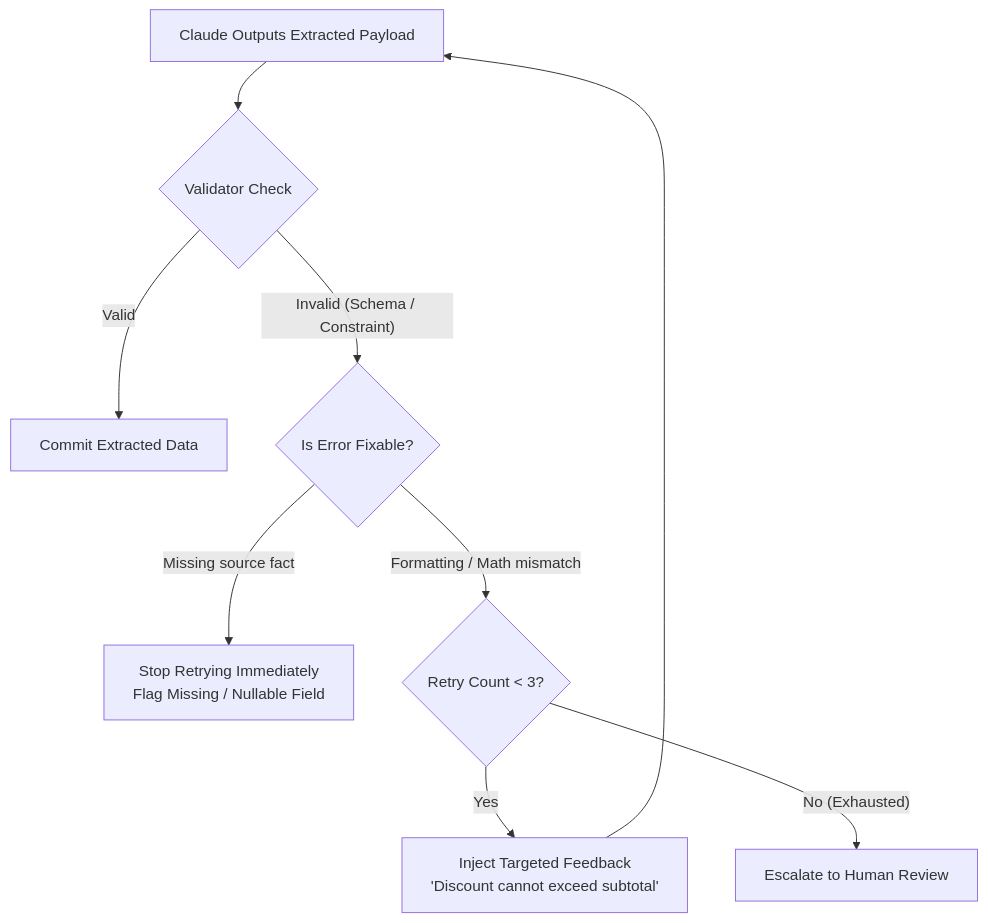
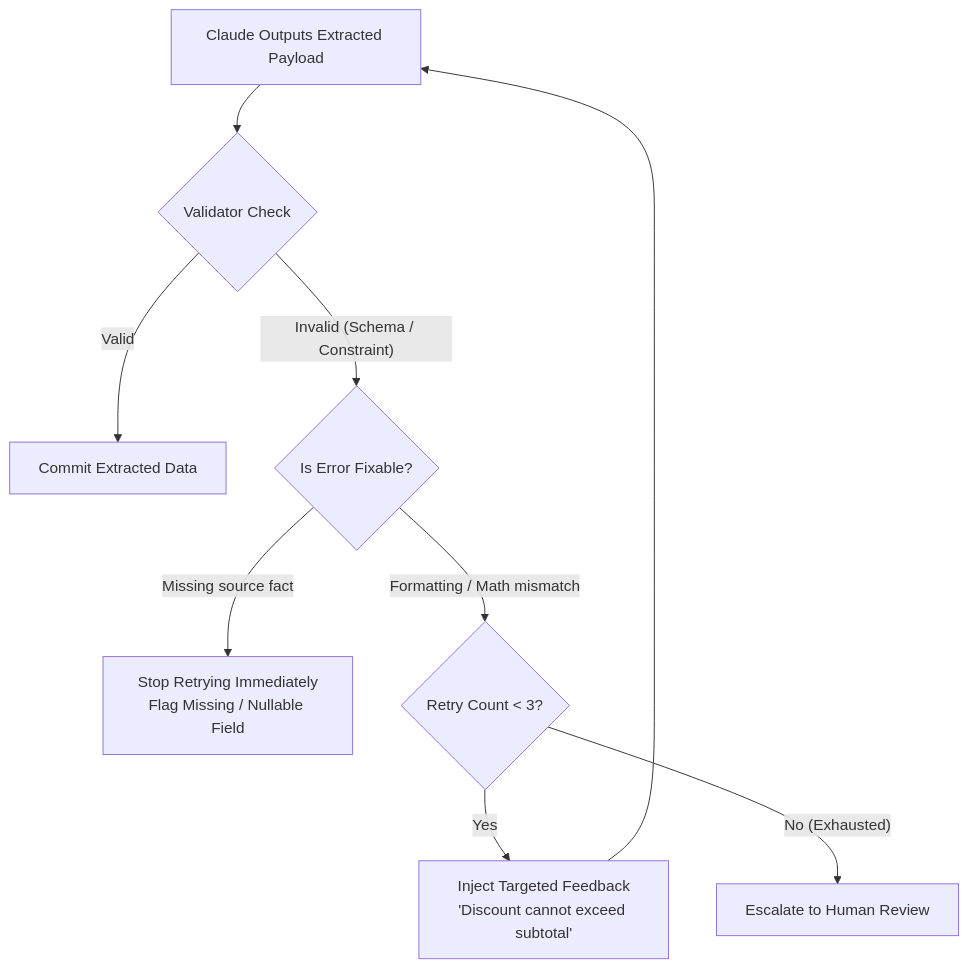
The diagram in domain4/ts_4_4_validation_retry_feedback/README.md (dip4k/claude_cert_architect_foundation_prep), drawn with Mermaid before and after one commit. The commit also changed other lines of this file and 50 other files, not shown here.

Commit message:
docs(domain): complete 30 task statement study guides and enforce October 2026 Mermaid standards

````diff
--- a/domain4/ts_4_4_validation_retry_feedback/README.md
+++ b/domain4/ts_4_4_validation_retry_feedback/README.md
@@ -10,18 +10,17 @@
 ```mermaid
-%%{init: {"flowchart": {"htmlLabels": true, "wrappingWidth": 250}}}%%
 flowchart TD
     Extracted["Claude Outputs Extracted Payload"] --> Validator{"Validator Check"}
     
-    Validator -- "Valid" --> Success["Commit Extracted Data"]
+    Validator -->|"Valid"| Success["Commit Extracted Data"]
     
-    Validator -- "Invalid (Schema / Constraint)" --> ErrorType{"Is Error Fixable?"}
+    Validator -->|"Invalid (Schema / Constraint)"| ErrorType{"Is Error Fixable?"}
     
-    ErrorType -- "Missing source fact" --> FastFail["Stop Retrying Immediately<br/>Flag Missing / Nullable Field"]
+    ErrorType -->|"Missing source fact"| FastFail["Stop Retrying Immediately<br>Flag Missing / Nullable Field"]
     
-    ErrorType -- "Formatting / Math mismatch" --> RetryCount{"Retry Count &lt; 3?"}
+    ErrorType -->|"Formatting / Math mismatch"| RetryCount{"Retry Count < 3?"}
     
-    RetryCount -- "Yes" --> FeedBack["Inject Targeted Feedback<br/>'Discount cannot exceed subtotal'"]
+    RetryCount -->|"Yes"| FeedBack["Inject Targeted Feedback<br>'Discount cannot exceed subtotal'"]
     FeedBack --> Extracted
     
-    RetryCount -- "No (Exhausted)" --> Fallback["Escalate to Human Review"]
+    RetryCount -->|"No (Exhausted)"| Fallback["Escalate to Human Review"]
 ```
````
